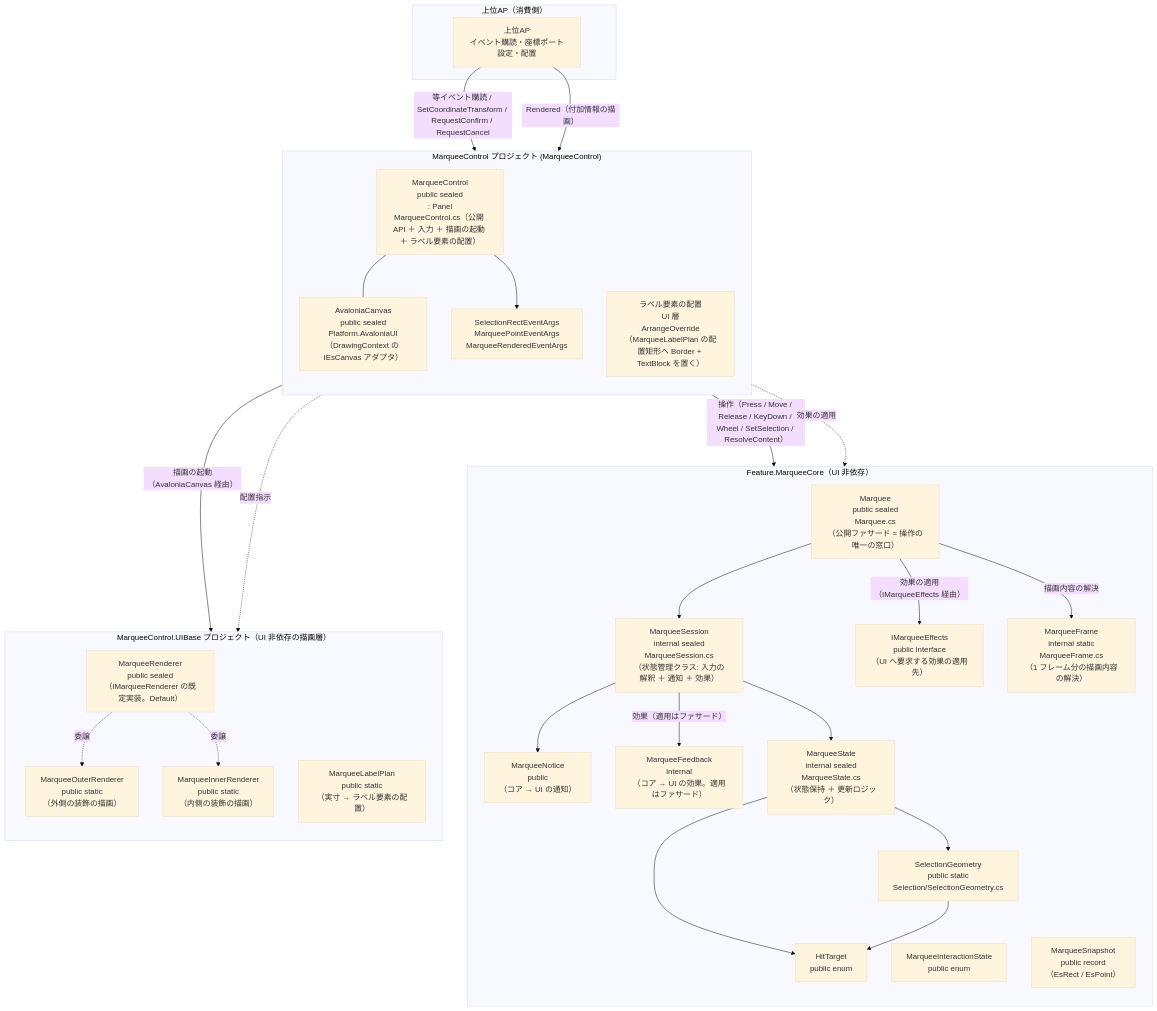
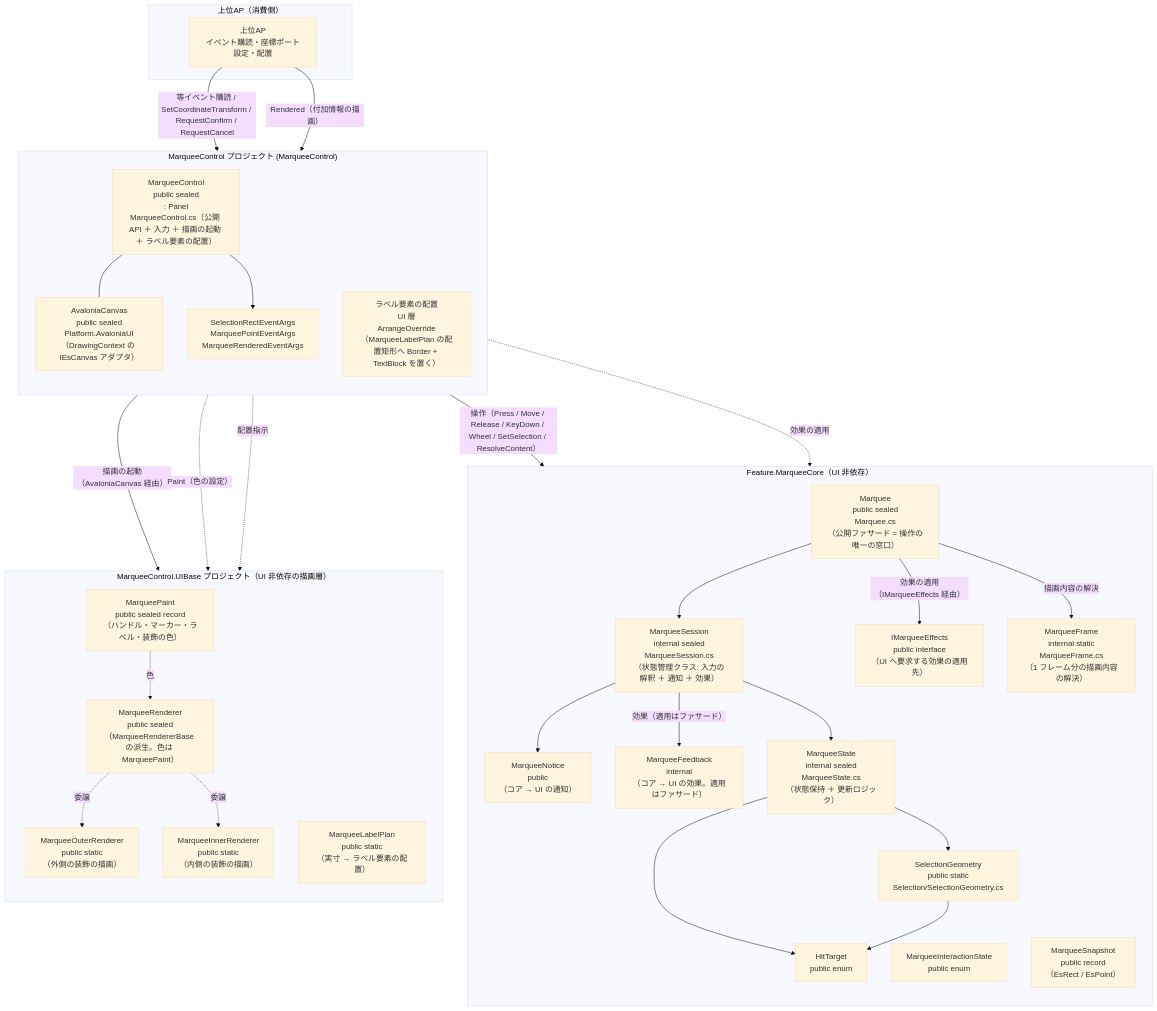
The first of 2 diagrams in src/MarqueeControl.AvaloniaUI/SPEC_System.md (tomokuni/SaveEvidence), drawn with Mermaid (base theme) before and after one commit. The commit also changed other lines of this file and 95 other files, not shown here.

````diff
--- a/src/MarqueeControl.AvaloniaUI/SPEC_System.md
+++ b/src/MarqueeControl.AvaloniaUI/SPEC_System.md
@@ -99,54 +99,57 @@
 ```mermaid
 flowchart TB
     subgraph Host["上位AP（消費側）"]
         AP["上位AP<br/>イベント購読・座標ポート設定・配置"]
     end
     subgraph Core["Feature.MarqueeCore（UI 非依存）"]
         direction TB
         Fac["Marquee<br/>public sealed<br/>Marquee.cs<br/>（公開ファサード = 操作の唯一の窓口）"]
         Eff["IMarqueeEffects<br/>public interface<br/>（UI へ要求する効果の適用先）"]
         Ses["MarqueeSession<br/>internal sealed<br/>MarqueeSession.cs<br/>（状態管理クラス: 入力の解釈 ＋ 通知 ＋ 効果）"]
         Ntc["MarqueeNotice<br/>public<br/>（コア → UI の通知）"]
         Fbk["MarqueeFeedback<br/>internal<br/>（コア → UI の効果。適用はファサード）"]
         Stt["MarqueeState<br/>internal sealed<br/>MarqueeState.cs<br/>（状態保持 ＋ 更新ロジック）"]
         Geo["SelectionGeometry<br/>public static<br/>Selection/SelectionGeometry.cs"]
         Hdl["HitTarget<br/>public enum"]
         Hdl2["MarqueeInteractionState<br/>public enum"]
         Hdl3["MarqueeSnapshot<br/>public record<br/>（EsRect / EsPoint）"]
         Frm["MarqueeFrame<br/>internal static<br/>MarqueeFrame.cs<br/>（1 フレーム分の描画内容の解決）"]
     end
     subgraph DRC2["MarqueeControl プロジェクト (MarqueeControl)"]
         direction TB
         Ctl["MarqueeControl<br/>public sealed<br/>: Panel<br/>MarqueeControl.cs（公開 API ＋ 入力 ＋ 描画の起動 ＋ ラベル要素の配置）"]
         Cvs["AvaloniaCanvas<br/>public sealed<br/>Platform.AvaloniaUI<br/>（DrawingContext の IEsCanvas アダプタ）"]
         Lbl["ラベル要素の配置<br/>UI 層<br/>ArrangeOverride<br/>（MarqueeLabelPlan の配置矩形へ Border + TextBlock を置く）"]
         Evt["SelectionRectEventArgs<br/>MarqueePointEventArgs<br/>MarqueeRenderedEventArgs"]
     end
     subgraph Rnd2["MarqueeControl.UIBase プロジェクト（UI 非依存の描画層）"]
         direction TB
-        Drw["MarqueeRenderer<br/>public sealed<br/>（IMarqueeRenderer の既定実装。Default）"]
+        Drw["MarqueeRenderer<br/>public sealed<br/>（MarqueeRendererBase の派生。色は MarqueePaint）"]
+        Pnt["MarqueePaint<br/>public sealed record<br/>（ハンドル・マーカー・ラベル・装飾の色）"]
         Odr["MarqueeOuterRenderer<br/>public static<br/>（外側の装飾の描画）"]
         Idr["MarqueeInnerRenderer<br/>public static<br/>（内側の装飾の描画）"]
         Pln["MarqueeLabelPlan<br/>public static<br/>（実寸 → ラベル要素の配置）"]
     end
 
     AP -->|等イベント購読 / SetCoordinateTransform / RequestConfirm / RequestCancel| Ctl
     AP -->|Rendered（付加情報の描画）| Lbl
     Ctl -->|操作（Press / Move / Release / KeyDown / Wheel / SetSelection / ResolveContent）| Fac
     Ctl -.->|効果の適用| Eff
     Ctl -->|描画の起動（AvaloniaCanvas 経由）| Drw
+    Ctl -.->|Paint（色の設定）| Pnt
+    Pnt -.->|色| Drw
     Drw -.->|委譲| Odr
     Drw -.->|委譲| Idr
     Ctl -.->|配置指示| Pln
     Ctl --- Cvs
     Fac --> Ses
     Fac -->|効果の適用（IMarqueeEffects 経由）| Eff
     Fac -->|描画内容の解決| Frm
     Ctl --> Evt
     Ses --> Ntc
     Ses -->|効果（適用はファサード）| Fbk
     Ses --> Stt
     Stt --> Geo
     Stt --> Hdl
     Geo --> Hdl
 ```
````
